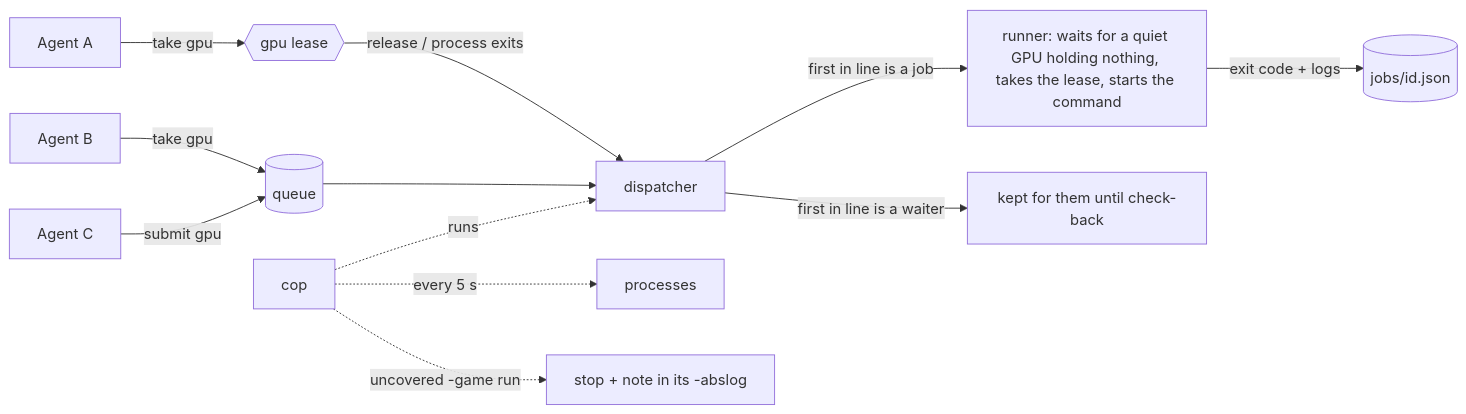
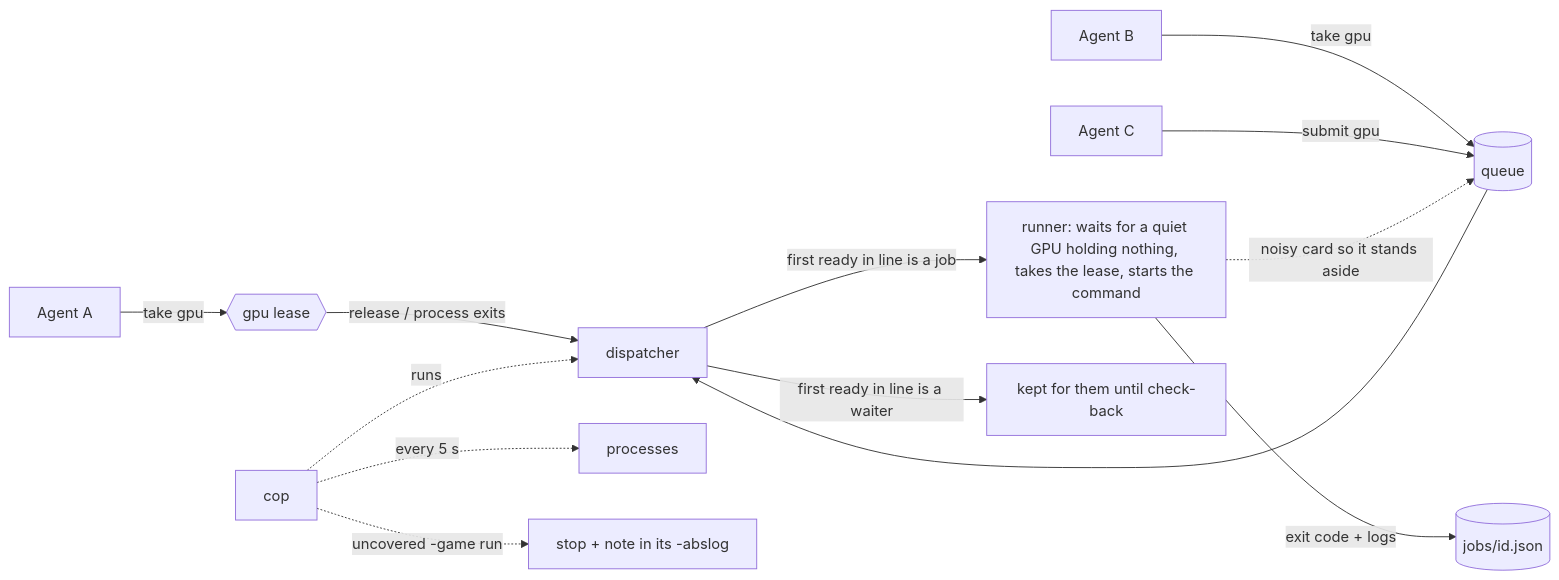
The diagram in README.md (knoxy4/thor-traffic), drawn with Mermaid before and after one commit. The commit also changed other lines of this file and 3 other files, not shown here.

First line of the commit message:
Docs: job states, standing aside, and two lease rules

````diff
--- a/README.md
+++ b/README.md
@@ -67,14 +68,15 @@
 ```mermaid
 flowchart LR
     A1[Agent A] -- take gpu --> L{{gpu lease}}
     A2[Agent B] -- take gpu --> Q[(queue)]
     A3[Agent C] -- submit gpu --> Q
     L -- release / process exits --> D[dispatcher]
     Q --> D
-    D -- first in line is a job --> R["runner: waits for a quiet GPU holding nothing, takes the lease, starts the command"]
-    D -- first in line is a waiter --> K["kept for them until check-back"]
+    D -- first ready in line is a job --> R["runner: waits for a quiet GPU holding nothing, takes the lease, starts the command"]
+    D -- first ready in line is a waiter --> K["kept for them until check-back"]
+    R -. noisy card so it stands aside .-> Q
     R -- "exit code + logs" --> J[("jobs/id.json")]
     C[cop] -. every 5 s .-> P[processes]
     C -. uncovered -game run .-> X["stop + note in its -abslog"]
     C -. runs .-> D
 ```
````
